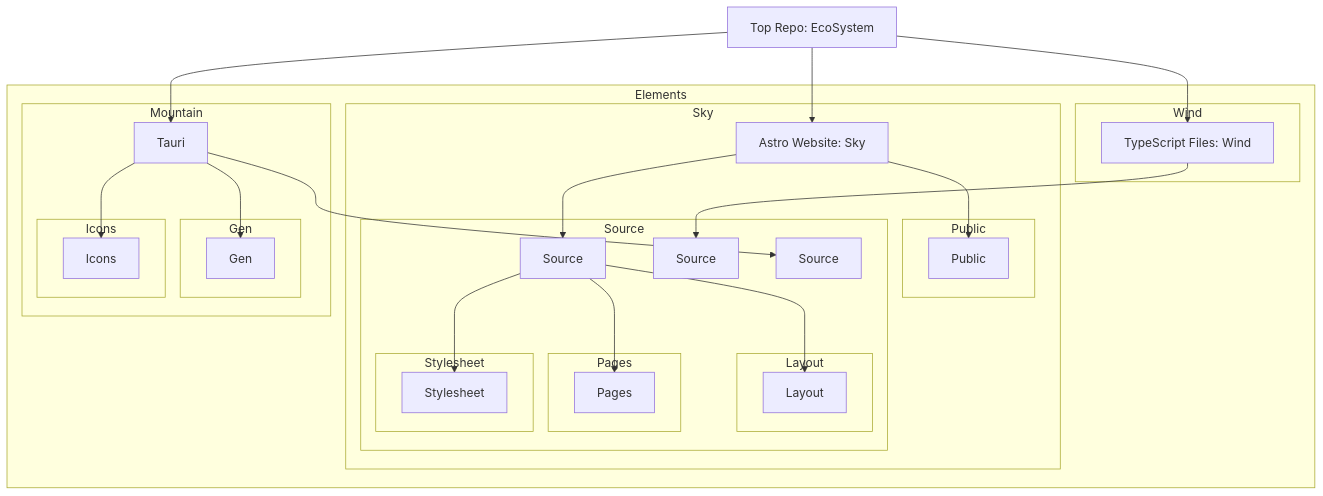
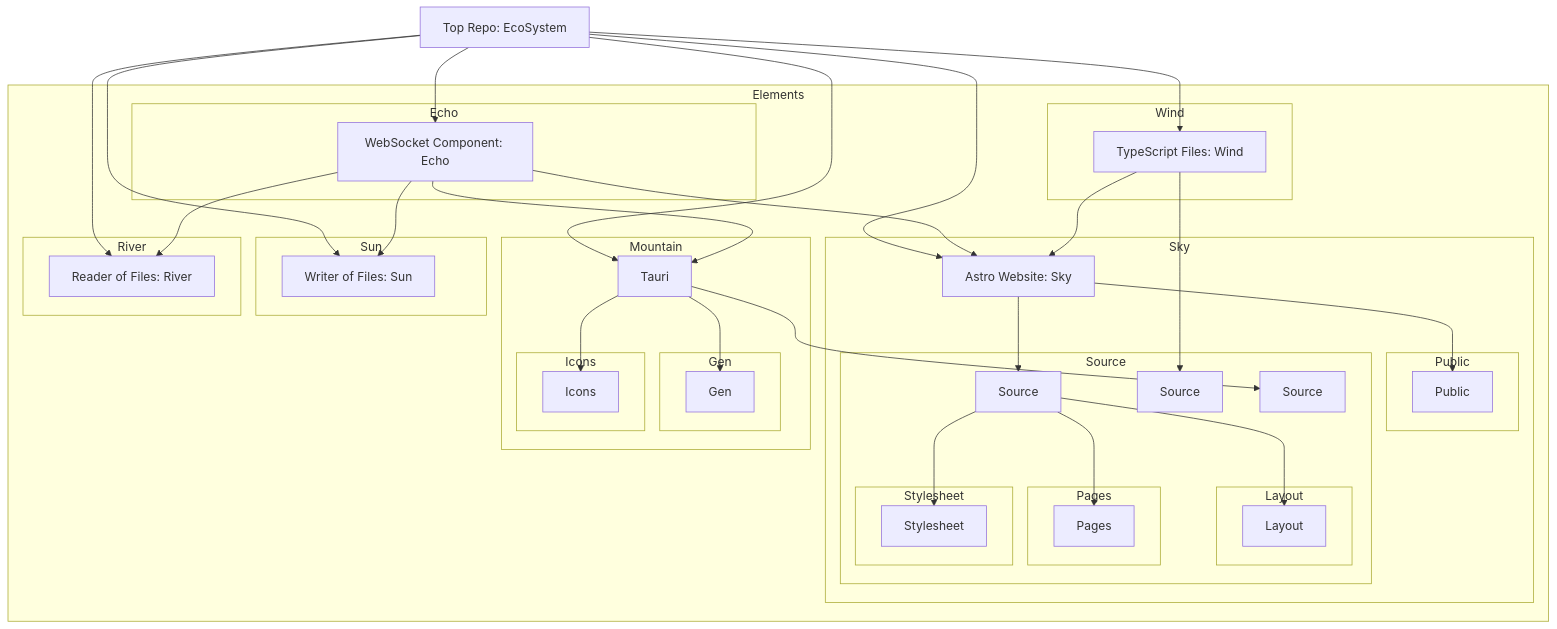
One commit to CodeEditorLand/Land changed the first of 2 diagrams in README.md. Above: the diagram before and after it, drawn with Mermaid. The commit also changed 1 other file, not shown here.

````diff
--- a/README.md
+++ b/README.md
@@ -31,58 +31,78 @@
 ```mermaid
 graph TD
     A[Top Repo: EcoSystem]
 
     subgraph Elements
         subgraph Sky
             D[Astro Website: Sky]
             subgraph Public
                 D3[Public]
             end
             subgraph Source
                 D4[Source]
                 subgraph Layout
                     D5[Layout]
                 end
                 subgraph Pages
                     D6[Pages]
                 end
                 subgraph Stylesheet
                     D7[Stylesheet]
                 end
             end
         end
 
         subgraph Wind
             F[TypeScript Files: Wind]
             subgraph Source
                 F3[Source]
             end
         end
 
         subgraph Mountain
             G[Tauri]
             subgraph Gen
                 G3[Gen]
             end
             subgraph Icons
                 G4[Icons]
             end
             subgraph Source
                 G5[Source]
             end
         end
+
+        subgraph Sun
+            H[Writer of Files: Sun]
+        end
+
+        subgraph River
+            I[Reader of Files: River]
+        end
+
+        subgraph Echo
+            J[WebSocket Component: Echo]
+        end
     end
 
     A --> D
     A --> F
     A --> G
+    A --> H
+    A --> I
+    A --> J
     D --> D3
     D --> D4
     D4 --> D5
     D4 --> D6
     D4 --> D7
     F --> F3
     G --> G3
     G --> G4
     G --> G5
+    J --> G
+    J --> I
+    J --> H
+    J --> D
+    F --> D
 ```
````
